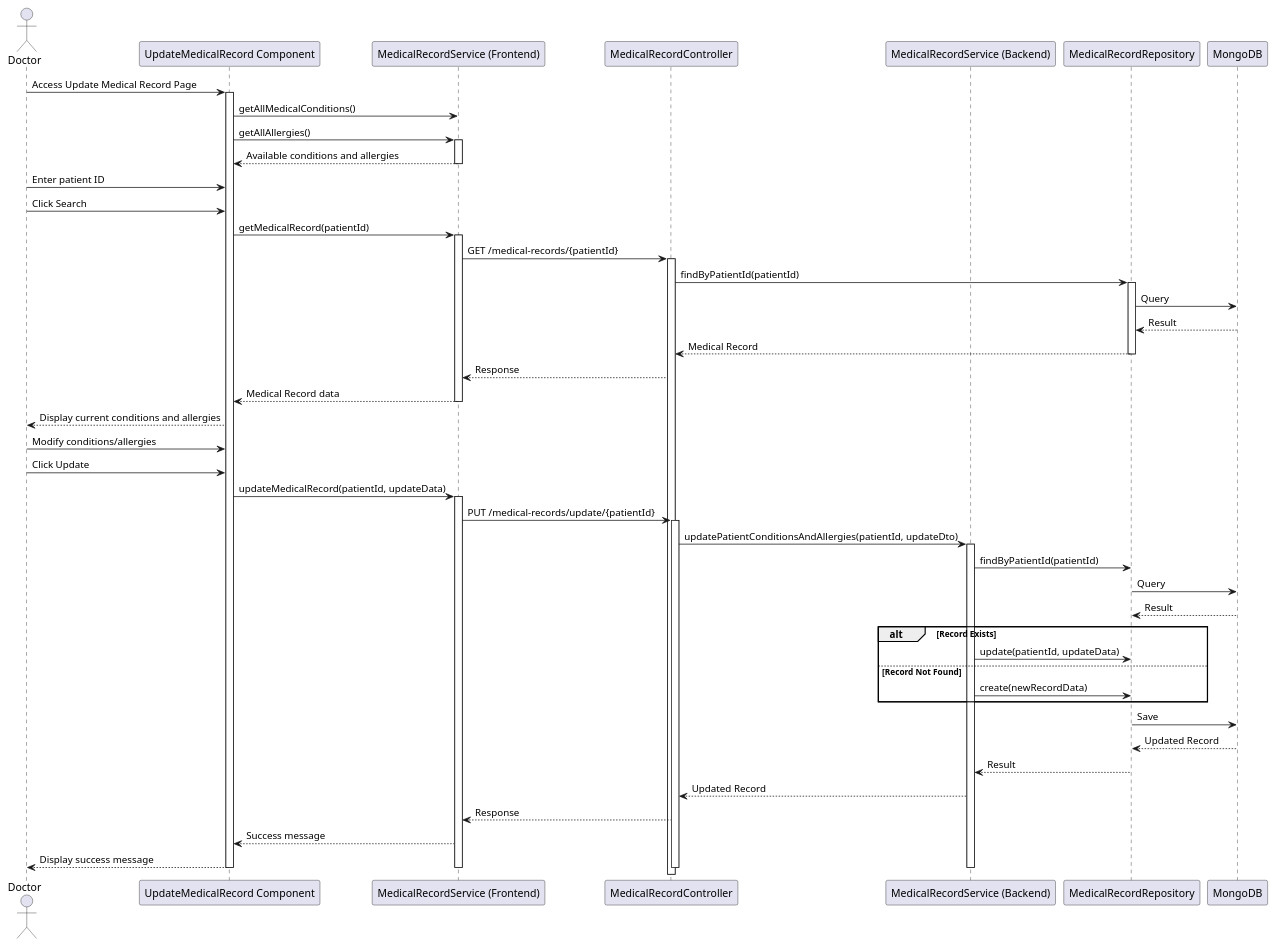
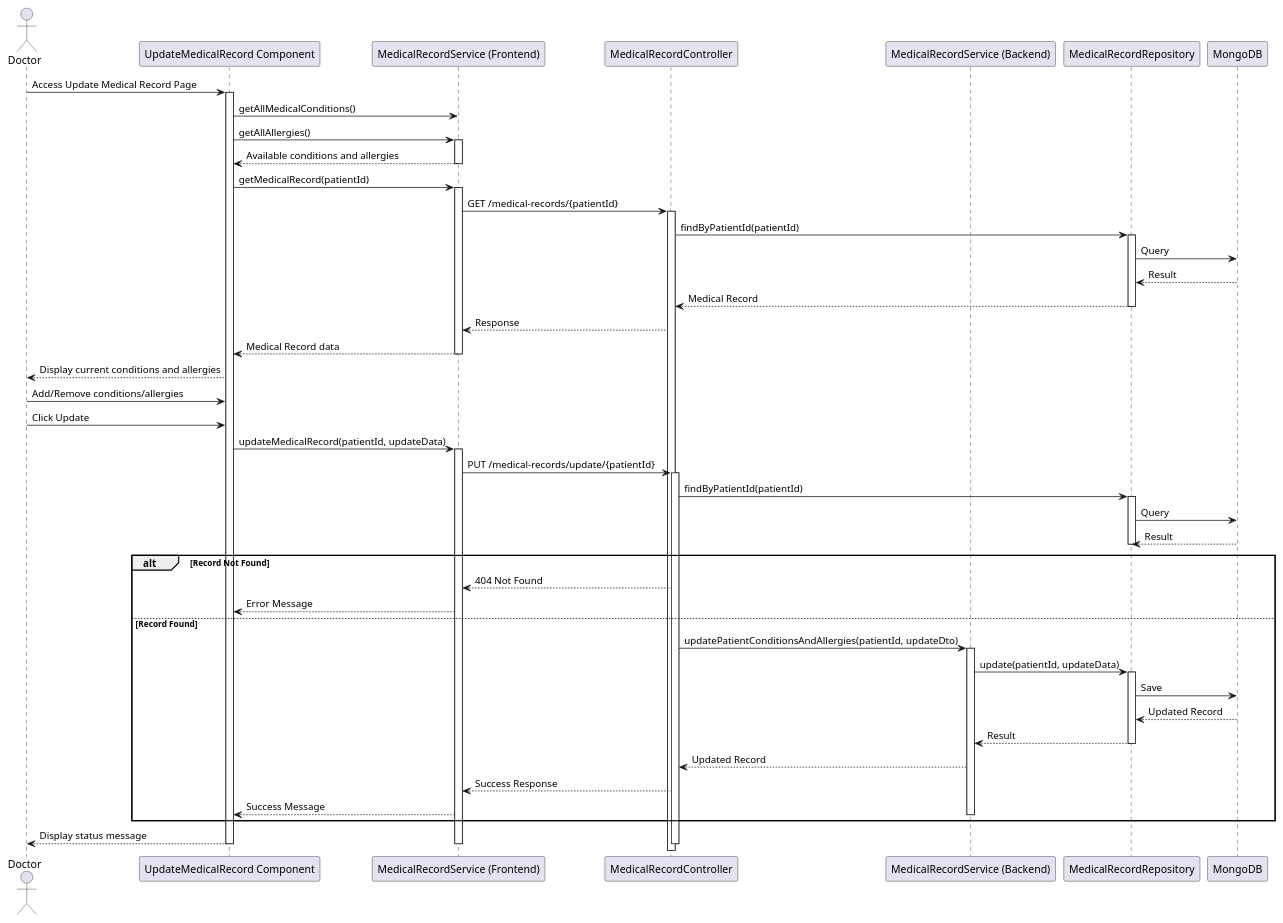
The diagram in docs/Sprint3/US 7.2.6/SD.puml (HugBar/3DC_G17), drawn with PlantUML before and after one commit. The commit also changed 33 other files, not shown here.

```diff
--- a/docs/Sprint3/US 7.2.6/SD.puml
+++ b/docs/Sprint3/US 7.2.6/SD.puml
@@ -1,77 +1,81 @@
 @startuml Update Medical Record Sequence Diagram
 
 actor Doctor
 participant Frontend as "UpdateMedicalRecord Component"
 participant FrontendService as "MedicalRecordService (Frontend)"
 participant Controller as "MedicalRecordController"
 participant Service as "MedicalRecordService (Backend)"
 participant Repository as "MedicalRecordRepository"
 participant Database as "MongoDB"
 
 Doctor -> Frontend: Access Update Medical Record Page
 activate Frontend
 
+' Initial Data Loading
 Frontend -> FrontendService: getAllMedicalConditions()
 Frontend -> FrontendService: getAllAllergies()
 activate FrontendService
-
 FrontendService --> Frontend: Available conditions and allergies
 deactivate FrontendService
 
-Doctor -> Frontend: Enter patient ID
-Doctor -> Frontend: Click Search
+' Load Existing Record
 Frontend -> FrontendService: getMedicalRecord(patientId)
 activate FrontendService
-
 FrontendService -> Controller: GET /medical-records/{patientId}
 activate Controller
 
 Controller -> Repository: findByPatientId(patientId)
 activate Repository
 Repository -> Database: Query
 Database --> Repository: Result
 Repository --> Controller: Medical Record
 deactivate Repository
 
 Controller --> FrontendService: Response
 FrontendService --> Frontend: Medical Record data
 deactivate FrontendService
 
 Frontend --> Doctor: Display current conditions and allergies
 
-Doctor -> Frontend: Modify conditions/allergies
+' Update Process
+Doctor -> Frontend: Add/Remove conditions/allergies
 Doctor -> Frontend: Click Update
 Frontend -> FrontendService: updateMedicalRecord(patientId, updateData)
 activate FrontendService
 
 FrontendService -> Controller: PUT /medical-records/update/{patientId}
 activate Controller
 
-Controller -> Service: updatePatientConditionsAndAllergies(patientId, updateDto)
-activate Service
-
-Service -> Repository: findByPatientId(patientId)
+Controller -> Repository: findByPatientId(patientId)
+activate Repository
 Repository -> Database: Query
 Database --> Repository: Result
+deactivate Repository
 
-alt Record Exists
+alt Record Not Found
+    Controller --> FrontendService: 404 Not Found
+    FrontendService --> Frontend: Error Message
+else Record Found
+    Controller -> Service: updatePatientConditionsAndAllergies(patientId, updateDto)
+    activate Service
+    
     Service -> Repository: update(patientId, updateData)
-else Record Not Found
-    Service -> Repository: create(newRecordData)
+    activate Repository
+    Repository -> Database: Save
+    Database --> Repository: Updated Record
+    Repository --> Service: Result
+    deactivate Repository
+    
+    Service --> Controller: Updated Record
+    Controller --> FrontendService: Success Response
+    FrontendService --> Frontend: Success Message
+    deactivate Service
 end
 
-Repository -> Database: Save
-Database --> Repository: Updated Record
-Repository --> Service: Result
-Service --> Controller: Updated Record
-Controller --> FrontendService: Response
-FrontendService --> Frontend: Success message
+Frontend --> Doctor: Display status message
 
-Frontend --> Doctor: Display success message
-
-deactivate Service
 deactivate Controller
 deactivate FrontendService
 deactivate Frontend
 
 @enduml
```
